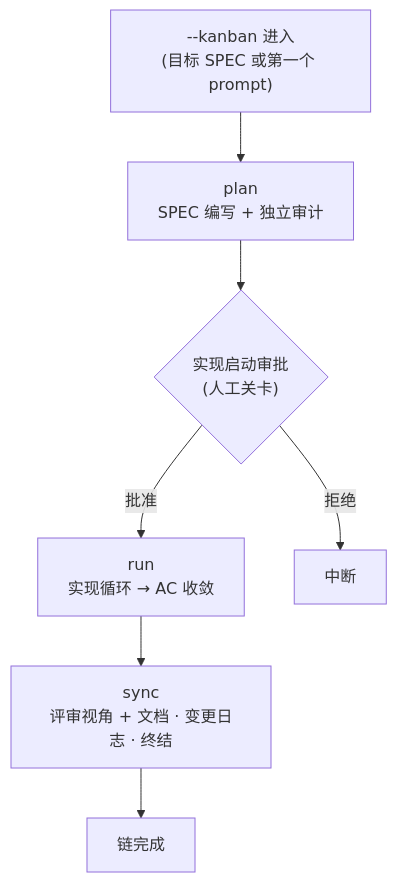
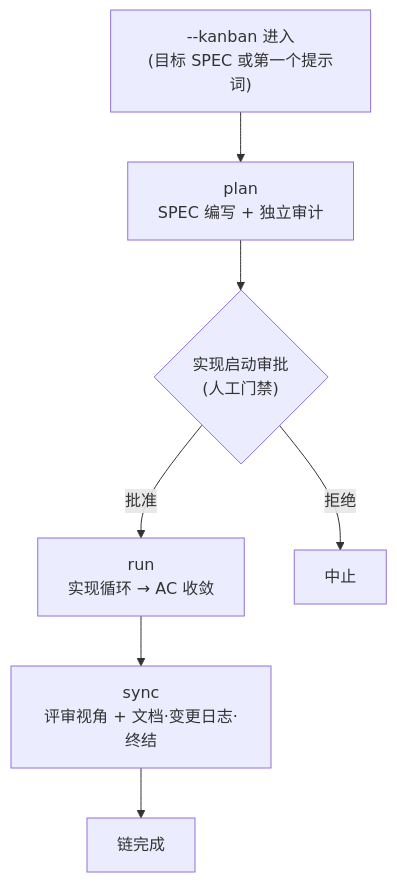
One commit to modu-ai/moai-adk changed the second of 2 diagrams in docs-site/content/zh/advanced/kanban-mode.md. Above: the diagram before and after it, drawn with Mermaid. The commit also changed other lines of this file and 86 other files, not shown here.

First line of the commit message:
docs(ossdocs): v3.1.1 doc-gap landing — 13-page x4-locale + mermaid fixes + version sync + backend-mix

````diff
--- a/docs-site/content/zh/advanced/kanban-mode.md
+++ b/docs-site/content/zh/advanced/kanban-mode.md
@@ -207,9 +250,9 @@
 ```mermaid
 flowchart TD
-    Entry["--kanban 进入<br/>(目标 SPEC 或第一个 prompt)"] --> Plan["plan<br/>SPEC 编写 + 独立审计"]
-    Plan --> Gate1{"实现启动审批<br/>(人工关卡)"}
+    Entry["--kanban 进入<br/>(目标 SPEC 或第一个提示词)"] --> Plan["plan<br/>SPEC 编写 + 独立审计"]
+    Plan --> Gate1{"实现启动审批<br/>(人工门禁)"}
     Gate1 -->|"批准"| Run["run<br/>实现循环 → AC 收敛"]
-    Gate1 -->|"拒绝"| Stop1["中断"]
-    Run --> Sync["sync<br/>评审视角 + 文档 · 变更日志 · 终结"]
+    Gate1 -->|"拒绝"| Stop1["中止"]
+    Run --> Sync["sync<br/>评审视角 + 文档·变更日志·终结"]
     Sync --> Done["链完成"]
 ```
````
